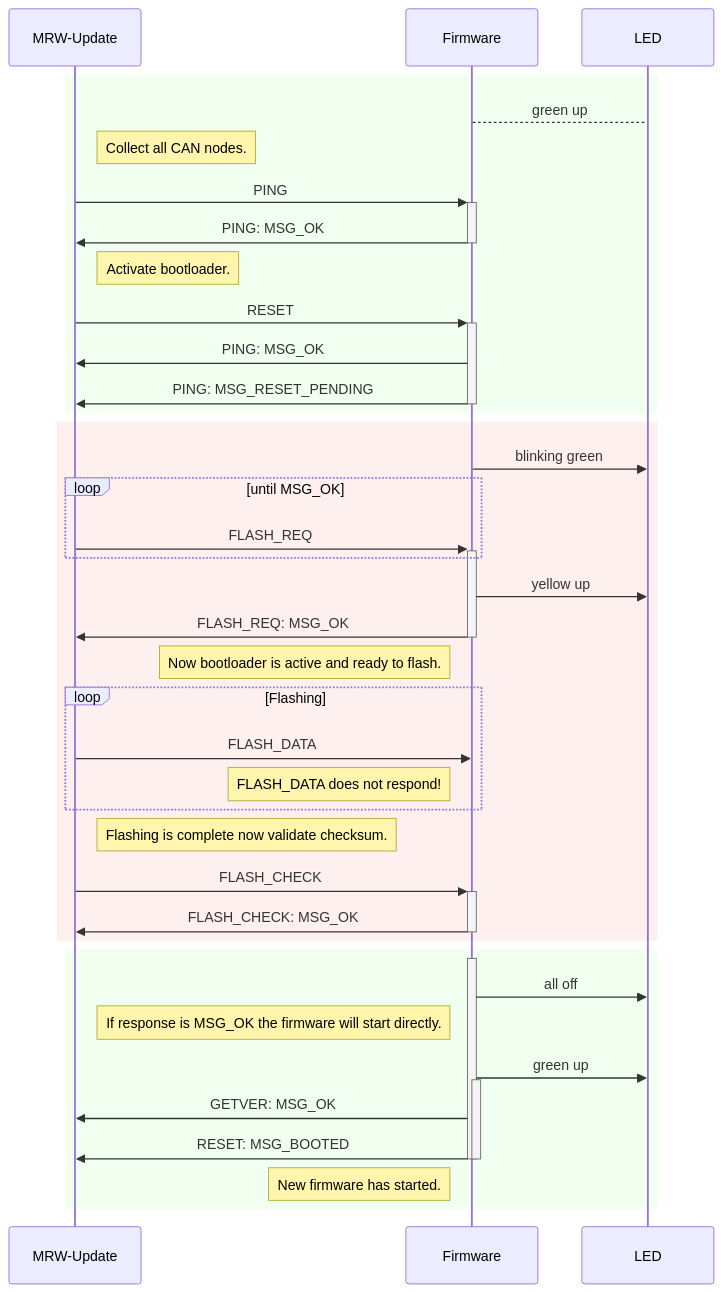
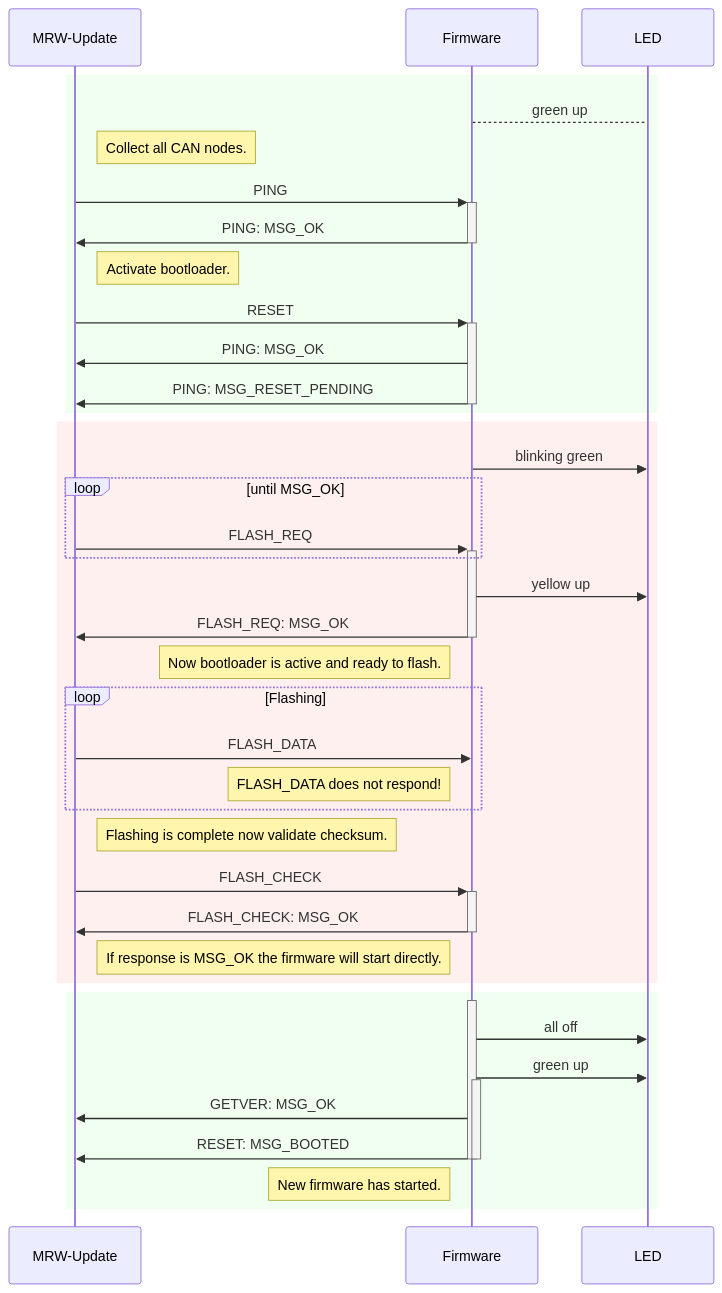
Before and after one commit to stmork/mrw-track-control-ng: the diagram in tools/update/README.md, drawn with Mermaid. The commit also changed other lines of this file and 1 other file, not shown here.

````diff
--- a/tools/update/README.md
+++ b/tools/update/README.md
@@ -30,53 +31,53 @@
 ```mermaid
 sequenceDiagram
 	Participant T as MRW-Update
 	Participant F as Firmware
 
 	rect rgb(240,255,240)
 		F --> LED: green up
 
 		Note right of T: Collect all CAN nodes.
 		T ->> +F: PING
 		F ->> -T: PING: MSG_OK
 
 		Note right of T: Activate bootloader.
 		T ->> +F: RESET
 		F ->>  T: PING: MSG_OK
 		F ->> -T: PING: MSG_RESET_PENDING
 	end
 
 	rect rgb(255,240,240)
 		F ->> LED: blinking green
 		loop until MSG_OK
 			T ->> +F: FLASH_REQ
 		end
 		F ->> LED: yellow up
 		F ->> -T: FLASH_REQ: MSG_OK
 
 		Note left of F: Now bootloader is active and ready to flash.
 		loop Flashing
 			T ->> F: FLASH_DATA
 		Note left of F: FLASH_DATA does not respond!
 		end
 
 		Note right of T: Flashing is complete now validate checksum.
 		T ->> +F: FLASH_CHECK
 
 		F ->> -T: FLASH_CHECK: MSG_OK
+		Note left of F: If response is MSG_OK the firmware will start  directly.
 	end
 
 	rect rgb(240,255,240)
 		activate F
 		F ->> LED: all off
 
-		Note left of F: If response is MSG_OK the firmware will start directly.
 		F ->> LED: green up
 		activate F
 
 		F ->> T: GETVER: MSG_OK
 		F ->> T: RESET: MSG_BOOTED
 		deactivate F
 		deactivate F
 		Note left of F: New firmware has started.
 	end
 ```
````
